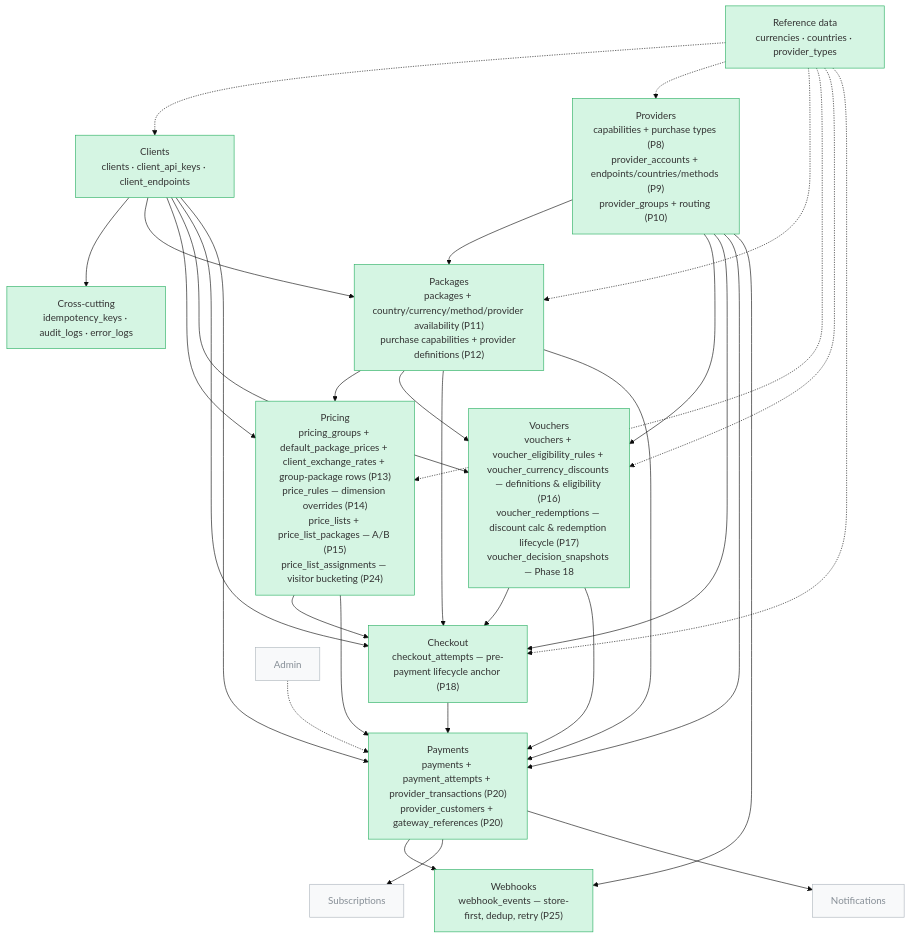
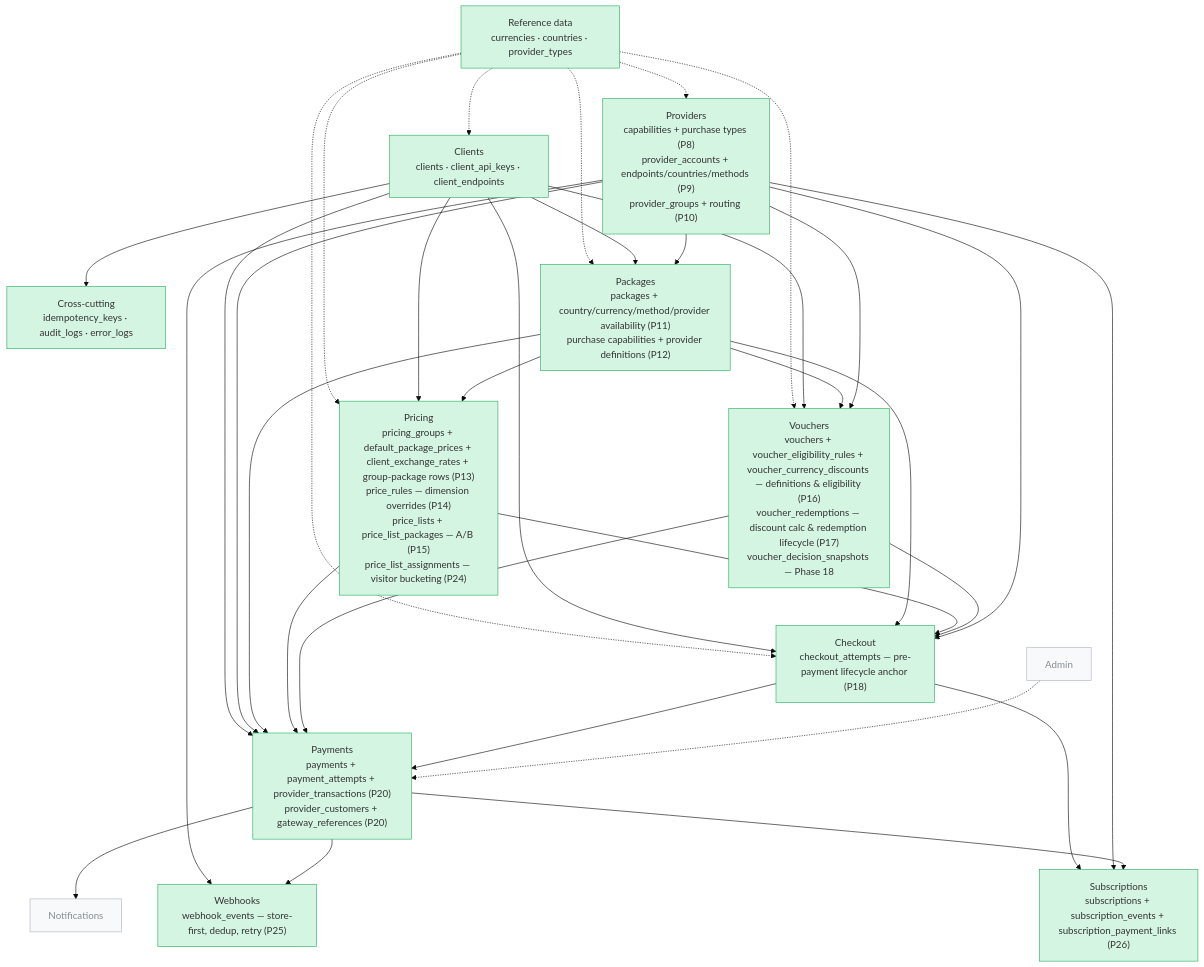
The first of 19 diagrams in .claude/docs/database-diagram.md (mahsashahi/Gomrok), drawn with Mermaid (base theme) before and after one commit. The commit also changed other lines of this file and 80 other files, not shown here.

````diff
--- a/.claude/docs/database-diagram.md
+++ b/.claude/docs/database-diagram.md
@@ -9,48 +9,51 @@
 ```mermaid
 flowchart TD
     Ref["Reference data<br/>currencies · countries · provider_types"]
     Xc["Cross-cutting<br/>idempotency_keys · audit_logs · error_logs"]
     Clients["Clients<br/>clients · client_api_keys · client_endpoints"]
     Providers["Providers<br/>capabilities + purchase types (P8)<br/>provider_accounts + endpoints/countries/methods (P9)<br/>provider_groups + routing (P10)"]
     Packages["Packages<br/>packages + country/currency/method/provider availability (P11)<br/>purchase capabilities + provider definitions (P12)"]
     Pricing["Pricing<br/>pricing_groups + default_package_prices + client_exchange_rates + group-package rows (P13)<br/>price_rules — dimension overrides (P14)<br/>price_lists + price_list_packages — A/B (P15)<br/>price_list_assignments — visitor bucketing (P24)"]
     Vouchers["Vouchers<br/>vouchers + voucher_eligibility_rules + voucher_currency_discounts — definitions & eligibility (P16)<br/>voucher_redemptions — discount calc & redemption lifecycle (P17)<br/>voucher_decision_snapshots — Phase 18"]
     Checkout["Checkout<br/>checkout_attempts — pre-payment lifecycle anchor (P18)"]
     Payments["Payments<br/>payments + payment_attempts + provider_transactions (P20)<br/>provider_customers + gateway_references (P20)"]
     Webhooks["Webhooks<br/>webhook_events — store-first, dedup, retry (P25)"]
+    Subscriptions["Subscriptions<br/>subscriptions + subscription_events + subscription_payment_links (P26)"]
     Ref -.-> Clients
     Ref -.-> Providers
     Ref -.-> Packages
     Ref -.-> Pricing
     Ref -.-> Vouchers
     Ref -.-> Checkout
     Clients --> Xc
     Clients --> Packages
     Providers --> Packages
     Clients --> Pricing
     Packages --> Pricing
     Clients --> Vouchers
     Packages --> Vouchers
     Providers --> Vouchers
     Clients --> Checkout
     Packages --> Checkout
     Pricing --> Checkout
     Vouchers --> Checkout
     Providers --> Checkout
     Clients --> Payments
     Providers --> Payments
     Packages --> Payments
     Pricing --> Payments
     Vouchers --> Payments
     Checkout --> Payments
     Providers --> Webhooks
     Payments --> Webhooks
+    Checkout --> Subscriptions
+    Providers --> Subscriptions
     Payments --> Subscriptions
     Payments --> Notifications
     Admin -.-> Payments
 
     classDef done fill:#d5f5e3,stroke:#27ae60;
     classDef todo fill:#f8f9fa,stroke:#adb5bd,color:#868e96;
-    class Ref,Xc,Clients,Providers,Packages,Pricing,Vouchers,Checkout,Payments,Webhooks done;
-    class Subscriptions,Notifications,Admin todo;
+    class Ref,Xc,Clients,Providers,Packages,Pricing,Vouchers,Checkout,Payments,Webhooks,Subscriptions done;
+    class Notifications,Admin todo;
 ```
````
